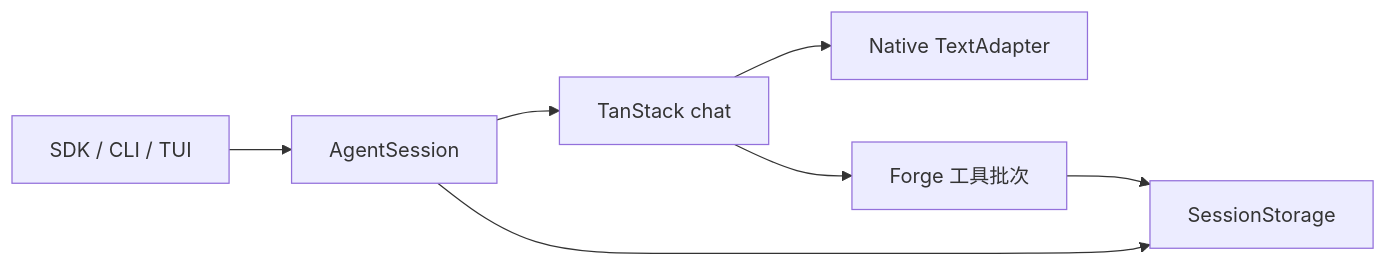
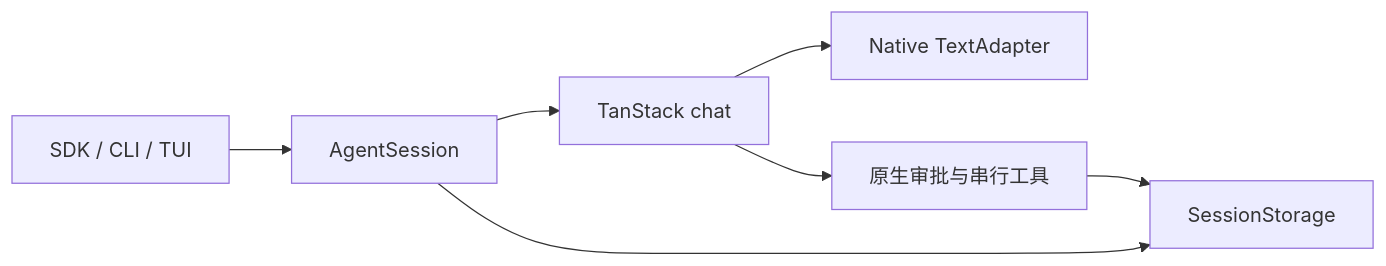
Before and after one commit to L-1ngg/forge-agent: the diagram in README.zh-CN.md, drawn with Mermaid. The commit also changed other lines of this file and 36 other files, not shown here.

````diff
--- a/README.zh-CN.md
+++ b/README.zh-CN.md
@@ -201,9 +201,9 @@
 ```mermaid
 flowchart LR
   H[SDK / CLI / TUI] --> S[AgentSession]
   S --> C[TanStack chat]
   C --> A[Native TextAdapter]
-  C --> T[Forge 工具批次]
+  C --> T[原生审批与串行工具]
   S --> D[SessionStorage]
   T --> D
 ```
````
